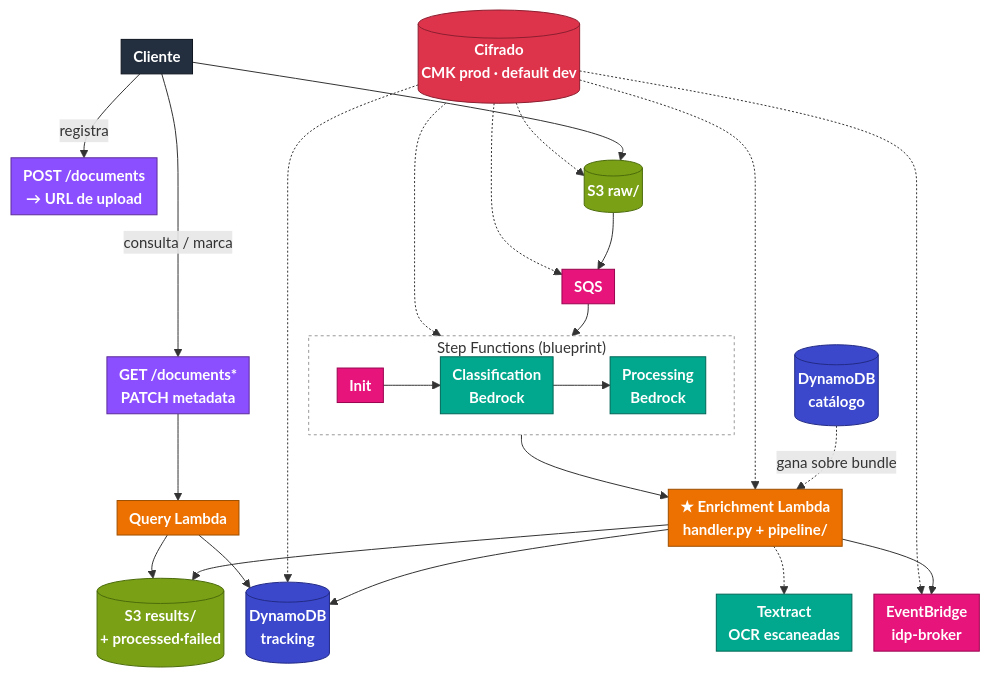
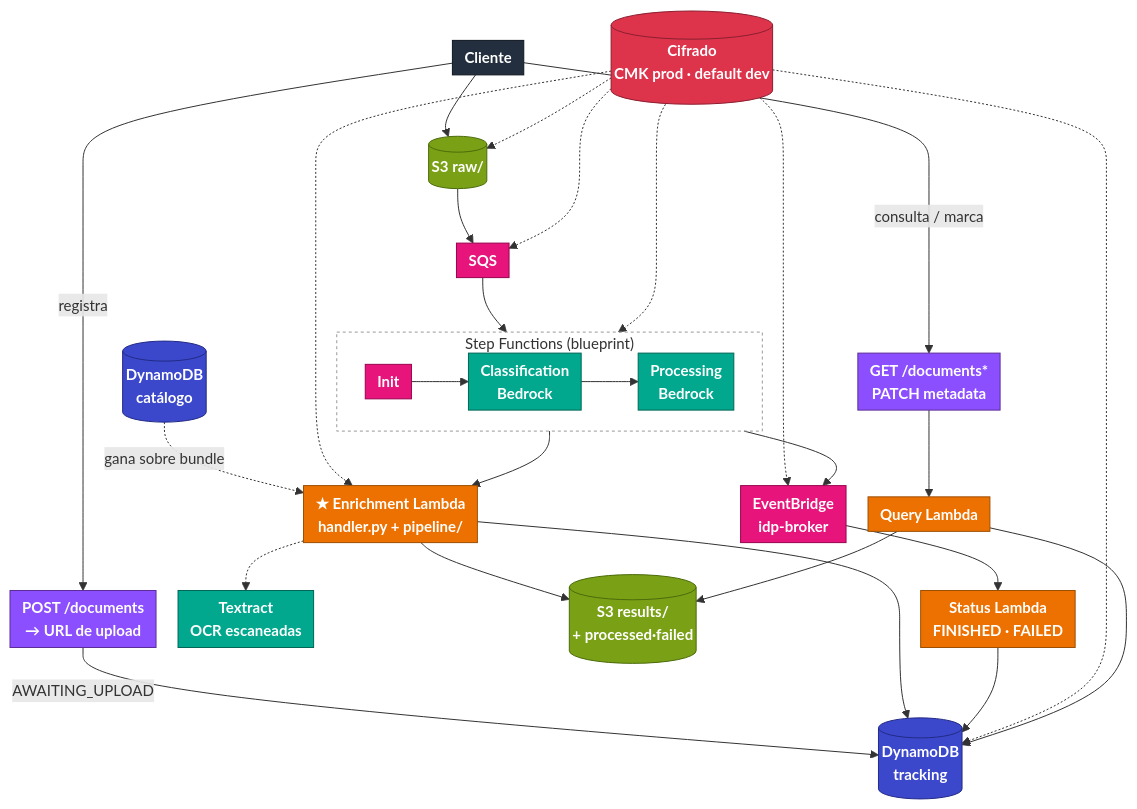
Before and after one commit to LuisHM5/idp: the diagram in documentacion/diagrams/arquitectura-aws.mmd, drawn with Mermaid. The commit also changed 27 other files, not shown here.

```diff
--- a/documentacion/diagrams/arquitectura-aws.mmd
+++ b/documentacion/diagrams/arquitectura-aws.mmd
@@ -1,56 +1,59 @@
 %%{init: {'flowchart': {'nodeSpacing': 22, 'rankSpacing': 32, 'padding': 6, 'curve': 'basis'}, 'themeVariables': {'fontSize': '15px'}}}%%
 flowchart TB
     CLIENTE["Cliente"]:::client
 
     UP["POST /documents<br/>→ URL de upload"]:::network
     QG["GET /documents*<br/>PATCH metadata"]:::network
 
     RAW[("S3 raw/")]:::storage
     SQS["SQS"]:::integration
 
     subgraph SFN["Step Functions (blueprint)"]
         direction LR
         INIT["Init"] --> CLS["Classification<br/>Bedrock"] --> PROC["Processing<br/>Bedrock"]
     end
 
     LAMBDA["★ Enrichment Lambda<br/>handler.py + pipeline/"]:::compute
     TX["Textract<br/>OCR escaneadas"]:::ml
 
     RES[("S3 results/<br/>+ processed·failed")]:::storage
     DDBT[("DynamoDB<br/>tracking")]:::database
     DDBC[("DynamoDB<br/>catálogo")]:::database
     EB["EventBridge<br/>idp-broker"]:::integration
+    STATUS["Status Lambda<br/>FINISHED · FAILED"]:::compute
     KMSN[("Cifrado<br/>CMK prod · default dev")]:::security
     QL["Query Lambda"]:::compute
 
     CLIENTE -->|"registra"| UP
+    UP -->|"AWAITING_UPLOAD"| DDBT
     CLIENTE --> RAW
     RAW --> SQS --> SFN --> LAMBDA
     LAMBDA --> RES
     LAMBDA --> DDBT
-    LAMBDA --> EB
+    SFN --> EB
+    EB --> STATUS --> DDBT
     LAMBDA -.-> TX
     DDBC -.->|"gana sobre bundle"| LAMBDA
     KMSN -.-> RAW
     KMSN -.-> SQS
     KMSN -.-> SFN
     KMSN -.-> DDBT
     KMSN -.-> EB
     KMSN -.-> LAMBDA
 
     CLIENTE -->|"consulta / marca"| QG --> QL
     QL --> DDBT
     QL --> RES
 
     classDef compute fill:#ED7100,stroke:#9D4E00,color:#fff,font-weight:bold
     classDef storage fill:#7AA116,stroke:#4B6B0B,color:#fff,font-weight:bold
     classDef database fill:#3B48CC,stroke:#232B85,color:#fff,font-weight:bold
     classDef integration fill:#E7157B,stroke:#99034F,color:#fff,font-weight:bold
     classDef network fill:#8C4FFF,stroke:#5C2D99,color:#fff,font-weight:bold
     classDef security fill:#DD344C,stroke:#8C1F30,color:#fff,font-weight:bold
     classDef ml fill:#01A88D,stroke:#016657,color:#fff,font-weight:bold
     classDef client fill:#232F3E,stroke:#0F1620,color:#fff,font-weight:bold
 
     class INIT integration
     class CLS,PROC ml
     style SFN fill:transparent,stroke:#999,stroke-width:1px,stroke-dasharray: 3 3,color:#333
```
